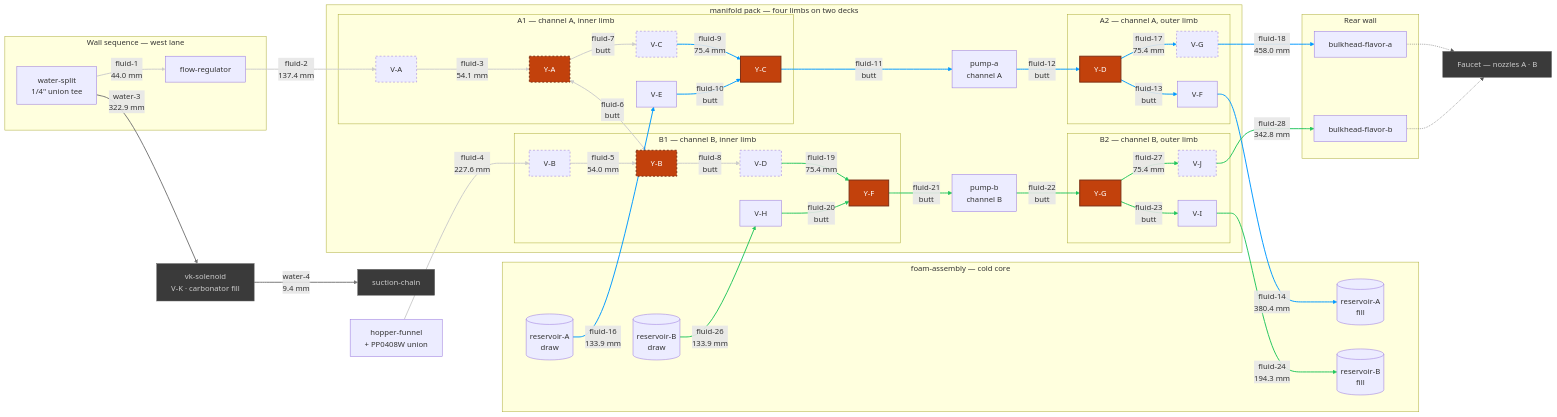
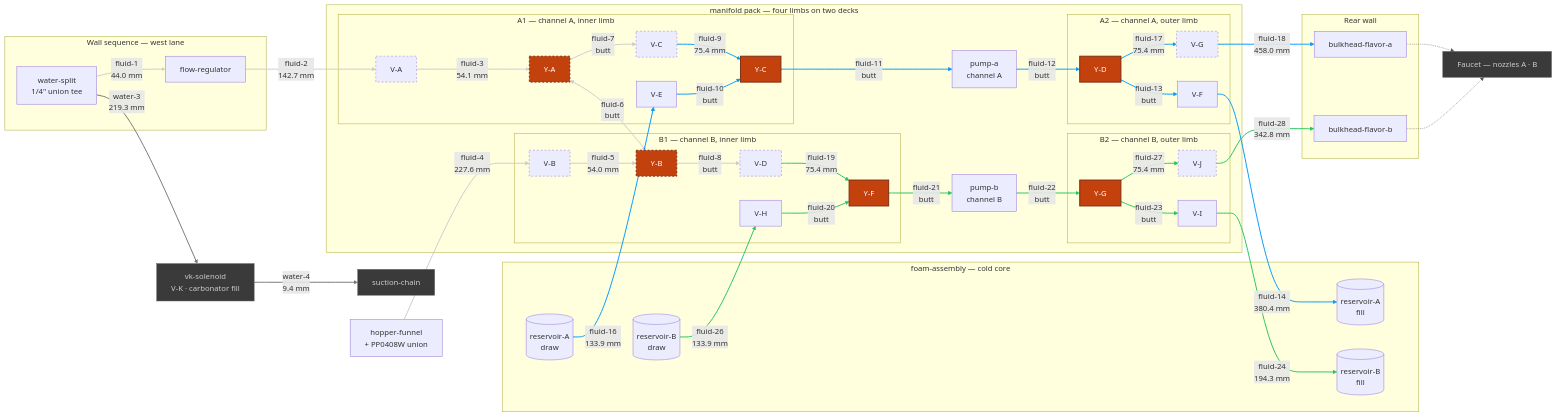
The diagram in hardware/topology/fluid-topology-manifold.mmd (derekbreden/homesodamachine), drawn with Mermaid before and after one commit. The commit also changed 5 other files, not shown here.

```diff
--- a/hardware/topology/fluid-topology-manifold.mmd
+++ b/hardware/topology/fluid-topology-manifold.mmd
@@ -14,7 +14,7 @@
   %% [26](SEGMENT_COUNT) flavor segments. [11](BUTT_COUNT) are collet butted to collet and carry
   %% no tube at all; [9](DRAWN_COUNT) are swept runs between placed bodies; the rest are the
   %% hinge's four hairpins and the source pair's two quarter-and-step turns. What is cut comes to
-  %% [2462.0 mm](FLUID_TOTAL) of 1/4" LLDPE over [49](FLUID_BENDS) corners, and the longest is
+  %% [2467.3 mm](FLUID_TOTAL) of 1/4" LLDPE over [49](FLUID_BENDS) corners, and the longest is
   %% [fluid-18](LONGEST_ID) at [458.0 mm](LONGEST_LEN). [0](OPEN_COUNT) are mouths with nothing
   %% on the far end of them: EVERY FLAVOR SEGMENT IN THIS CHART IS MADE. The hopper's gravity
   %% drain is drawn like the rest — the funnel is seated in the box rather than placed in the
@@ -118,7 +118,7 @@
   %% V-B come off the folded deck's plane on a quarter turn of R14, then step 28 mm further along
   %% the run and 14 mm across it, toward the cold core's crown.
   Split -->|"fluid-1<br/>44.0 mm"| FlowReg
-  FlowReg -->|"fluid-2<br/>137.4 mm"| VA
+  FlowReg -->|"fluid-2<br/>142.7 mm"| VA
   VA -->|"fluid-3<br/>54.1 mm"| YA
   Hopper -->|"fluid-4<br/>227.6 mm"| VB
   VB -->|"fluid-5<br/>54.0 mm"| YB
@@ -165,7 +165,7 @@
   %% V-K gates the carbonator fill off the same split fluid-1 leaves. It stands on the cold core's
   %% crown, east of the SeaFlo, and water-3 is the one run in the assembly that crosses the whole
   %% machine — the split is in the west lane, V-K is on the east, and its inlet faces forward.
-  Split -->|"water-3<br/>322.9 mm"| VK
+  Split -->|"water-3<br/>219.3 mm"| VK
   VK -->|"water-4<br/>9.4 mm"| SuctChain
 
   %% =========================
```
